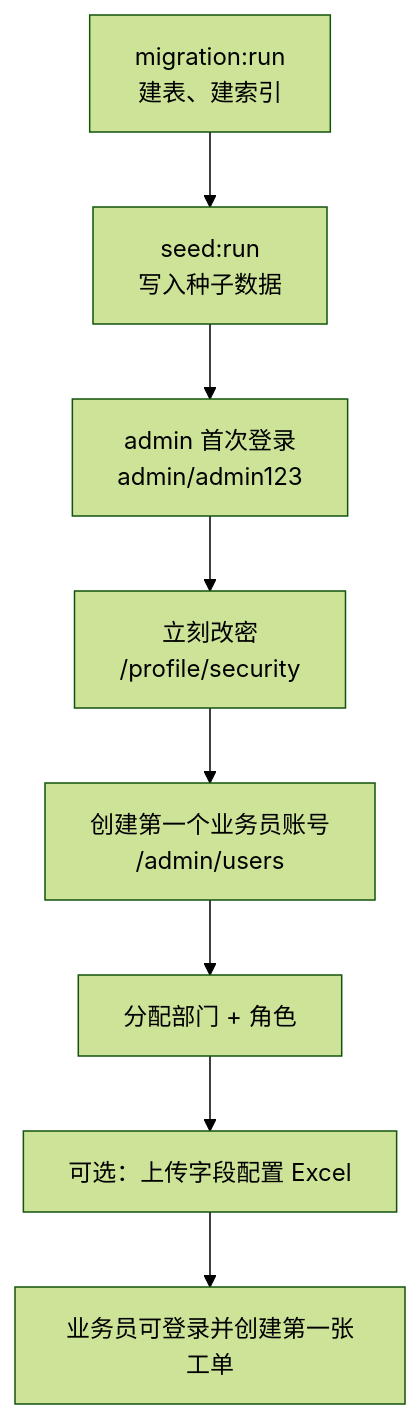
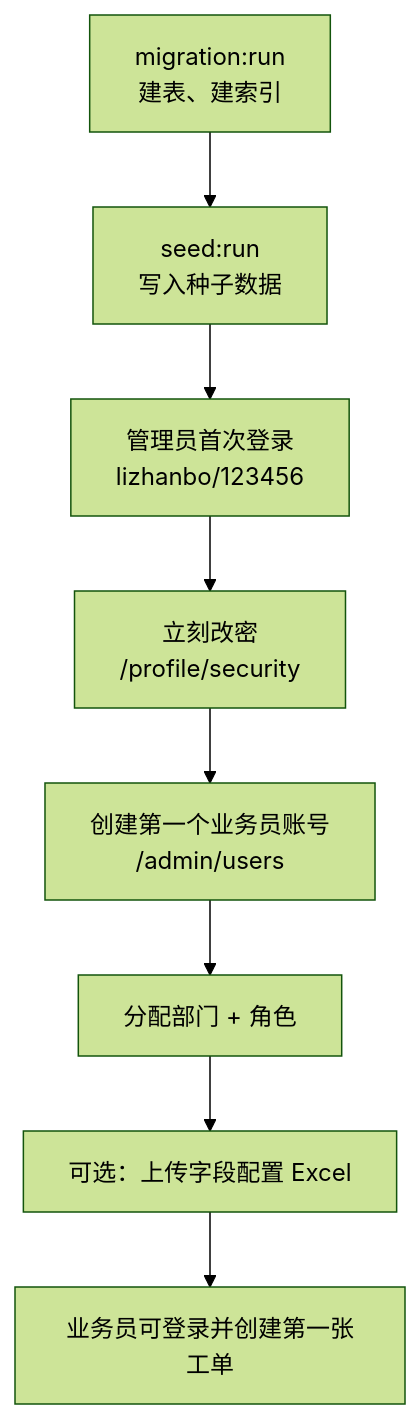
The second of 2 diagrams in docs/部署手册.md (liaaa00/gongdanxitong), drawn with Mermaid (forest theme) before and after one commit. The commit also changed other lines of this file and 16 other files, not shown here.

````diff
--- a/docs/部署手册.md
+++ b/docs/部署手册.md
@@ -148,10 +148,10 @@
 ```mermaid
 flowchart TB
     A[migration:run<br/>建表、建索引] --> B[seed:run<br/>写入种子数据]
-    B --> C[admin 首次登录<br/>admin/admin123]
+    B --> C[管理员首次登录<br/>lizhanbo/123456]
     C --> D[立刻改密<br/>/profile/security]
     D --> E[创建第一个业务员账号<br/>/admin/users]
     E --> F[分配部门 + 角色]
     F --> G[可选：上传字段配置 Excel]
     G --> H[业务员可登录并创建第一张工单]
 ```
````
